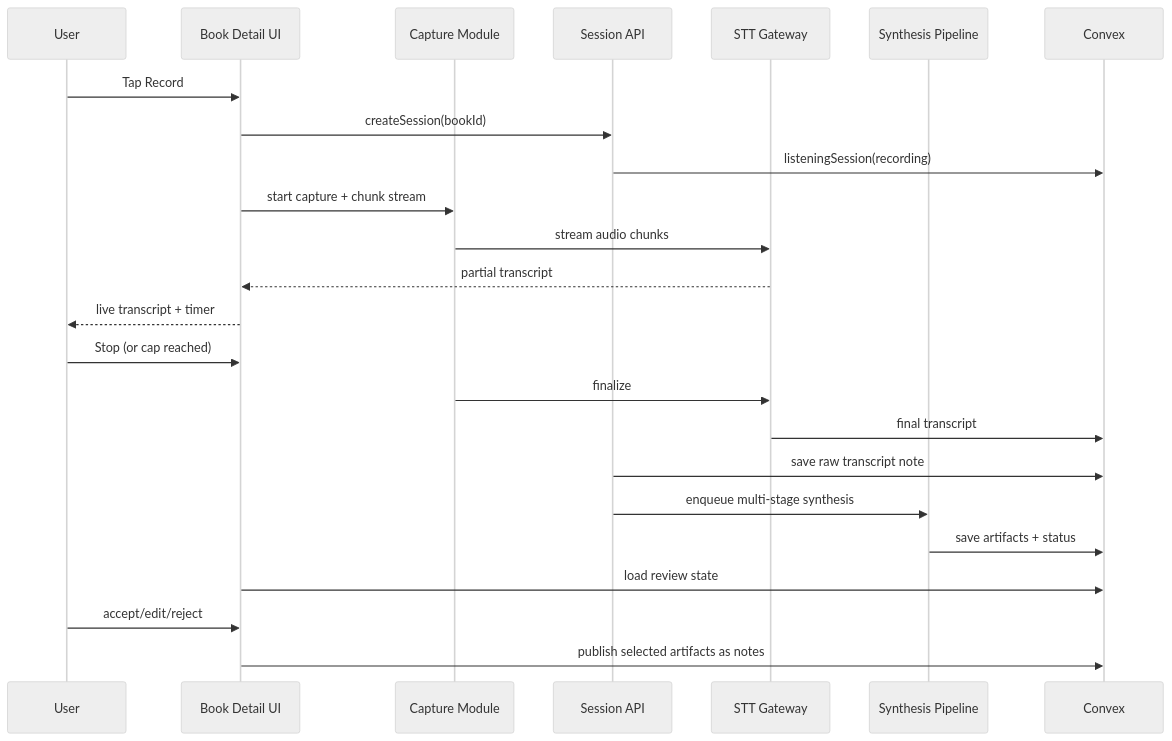
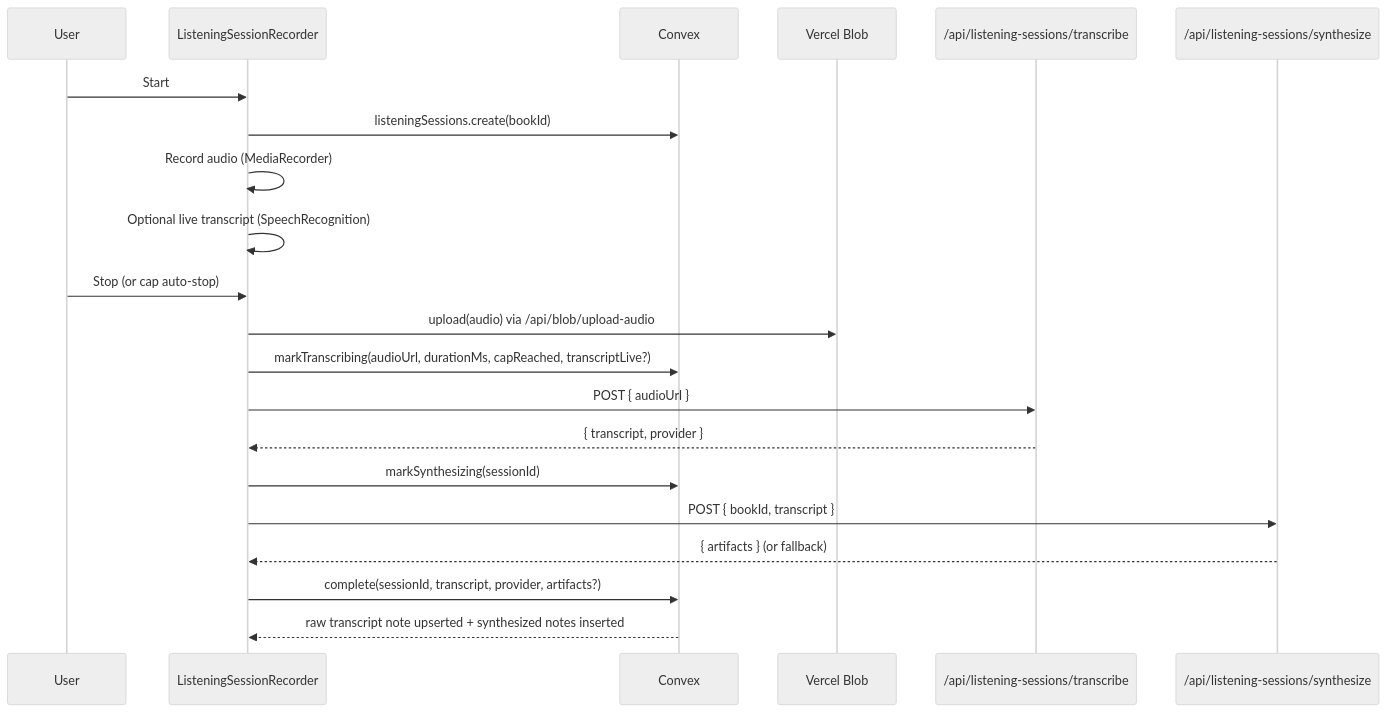
One commit to misty-step/bibliomnomnom changed the second of 2 diagrams in docs/flows/listening-sessions.md. Above: the diagram before and after it, drawn with Mermaid (neutral theme). The commit also changed other lines of this file and 5 other files, not shown here.

````diff
--- a/docs/flows/listening-sessions.md
+++ b/docs/flows/listening-sessions.md
@@ -102,28 +63,27 @@
 ```mermaid
 sequenceDiagram
     participant U as User
-    participant UI as Book Detail UI
-    participant CAP as Capture Module
-    participant API as Session API
-    participant STT as STT Gateway
-    participant SYN as Synthesis Pipeline
-    participant DB as Convex
+    participant UI as ListeningSessionRecorder
+    participant CVX as Convex
+    participant Blob as Vercel Blob
+    participant STT as /api/listening-sessions/transcribe
+    participant LLM as /api/listening-sessions/synthesize
 
-    U->>UI: Tap Record
-    UI->>API: createSession(bookId)
-    API->>DB: listeningSession(recording)
-    UI->>CAP: start capture + chunk stream
-    CAP->>STT: stream audio chunks
-    STT-->>UI: partial transcript
-    UI-->>U: live transcript + timer
+    U->>UI: Start
+    UI->>CVX: listeningSessions.create(bookId)
+    UI->>UI: Record audio (MediaRecorder)
+    UI->>UI: Optional live transcript (SpeechRecognition)
 
-    U->>UI: Stop (or cap reached)
-    CAP->>STT: finalize
-    STT->>DB: final transcript
-    API->>DB: save raw transcript note
-    API->>SYN: enqueue multi-stage synthesis
-    SYN->>DB: save artifacts + status
-    UI->>DB: load review state
-    U->>UI: accept/edit/reject
-    UI->>DB: publish selected artifacts as notes
+    U->>UI: Stop (or cap auto-stop)
+    UI->>Blob: upload(audio) via /api/blob/upload-audio
+    UI->>CVX: markTranscribing(audioUrl, durationMs, capReached, transcriptLive?)
+    UI->>STT: POST { audioUrl }
+    STT-->>UI: { transcript, provider }
+
+    UI->>CVX: markSynthesizing(sessionId)
+    UI->>LLM: POST { bookId, transcript }
+    LLM-->>UI: { artifacts } (or fallback)
+
+    UI->>CVX: complete(sessionId, transcript, provider, artifacts?)
+    CVX-->>UI: raw transcript note upserted + synthesized notes inserted
 ```
````
